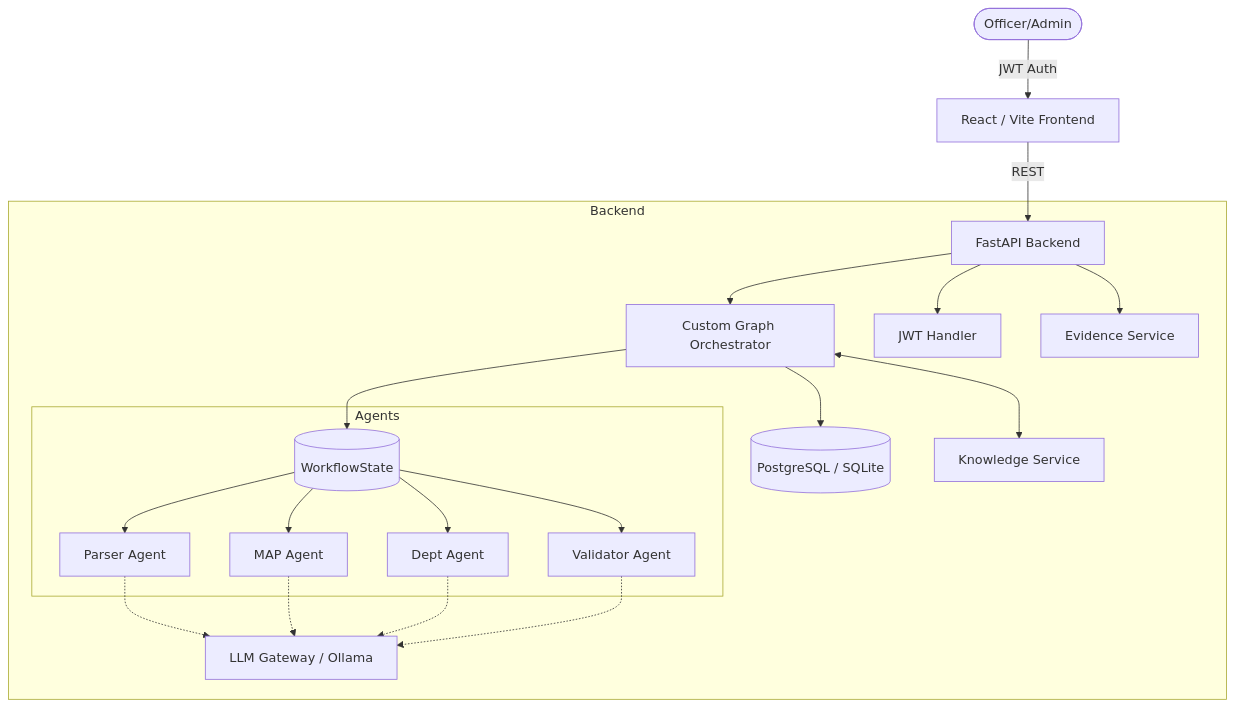
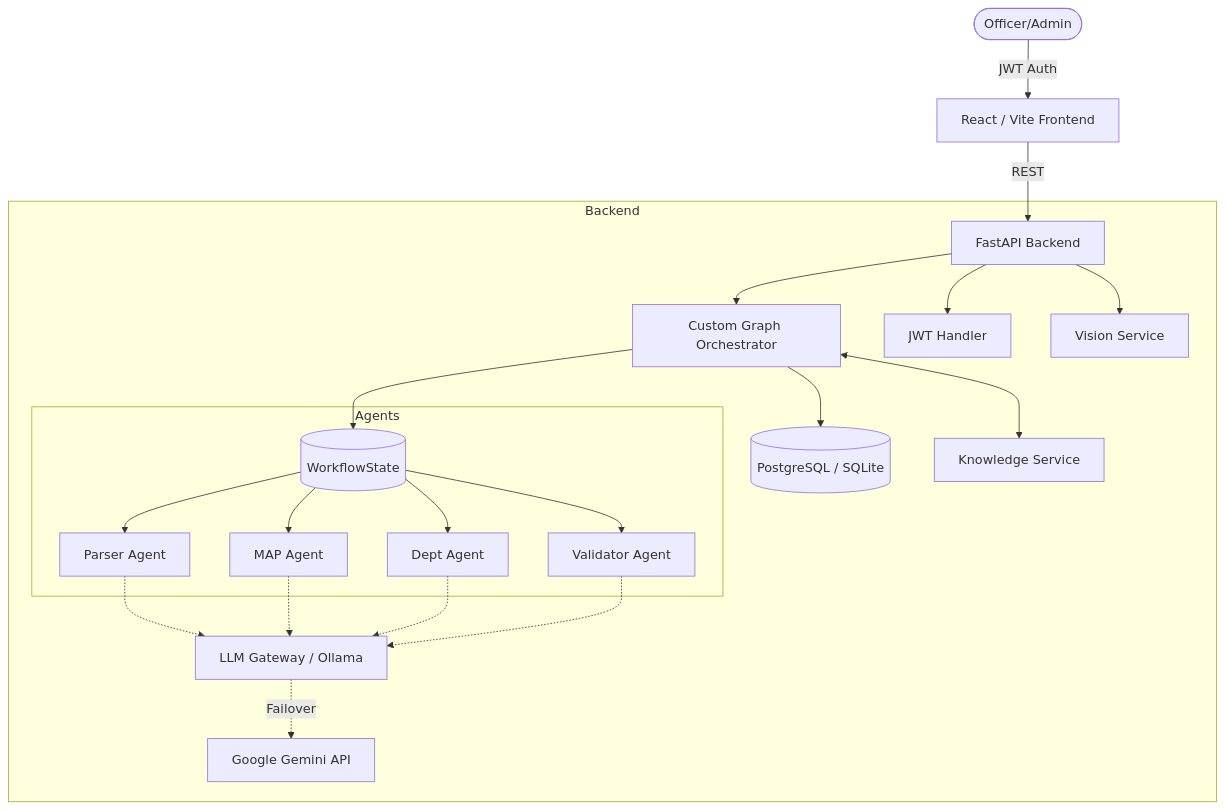
The first of 2 diagrams in Readme.md (DAREDEVIL-OF-NEXUS/RegIntel-AI), drawn with Mermaid before and after one commit. The commit also changed other lines of this file and 1 other file, not shown here.

````diff
--- a/Readme.md
+++ b/Readme.md
@@ -25,28 +34,30 @@
 ```mermaid
 graph TD
     User([Officer/Admin]) -->|JWT Auth| UI[React / Vite Frontend]
     UI -->|REST| API[FastAPI Backend]
     
     subgraph Backend
         API --> Engine[Custom Graph Orchestrator]
         API --> Auth[JWT Handler]
-        API --> Evidence[Evidence Service]
+        API --> Evidence[Vision Service]
         
         Engine --> State[(WorkflowState)]
         
         subgraph Agents
             State --> P[Parser Agent]
             State --> M[MAP Agent]
             State --> D[Dept Agent]
             State --> V[Validator Agent]
         end
         
         P -.-> LLM[LLM Gateway / Ollama]
         M -.-> LLM
         D -.-> LLM
         V -.-> LLM
         
+        LLM -.->|Failover| Gemini[Google Gemini API]
+        
         Engine --> DB[(PostgreSQL / SQLite)]
         Engine <--> Knowledge[Knowledge Service]
     end
 ```
````
